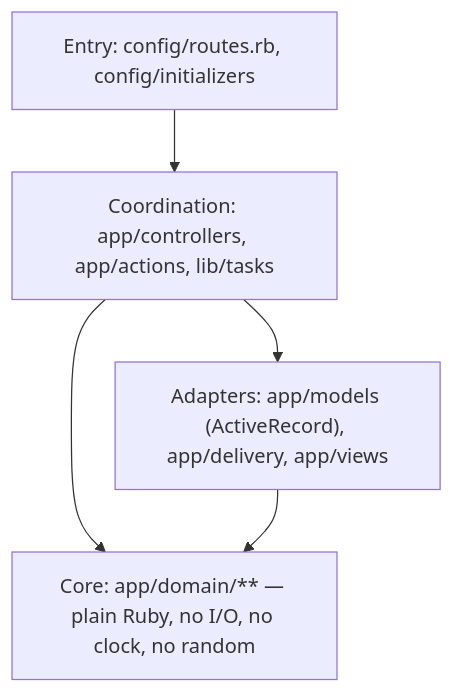
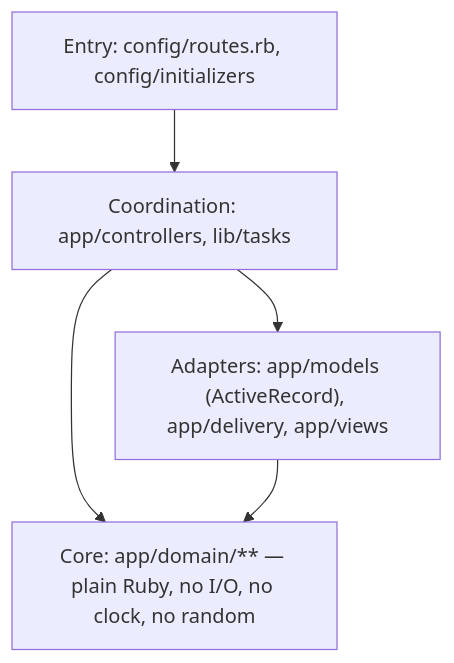
The second of 4 diagrams in prototype/rails/docs/architecture.md (jonathan-beebe/art-store), drawn with Mermaid before and after one commit. The commit also changed other lines of this file and 31 other files, not shown here.

````diff
--- a/prototype/rails/docs/architecture.md
+++ b/prototype/rails/docs/architecture.md
@@ -32,8 +32,8 @@
 ```mermaid
 flowchart TD
     entry["Entry: config/routes.rb, config/initializers"] --> coord
-    coord["Coordination: app/controllers, app/actions, lib/tasks"] --> core
+    coord["Coordination: app/controllers, lib/tasks"] --> core
     coord --> adapters
     adapters["Adapters: app/models (ActiveRecord), app/delivery, app/views"] --> core
     core["Core: app/domain/** — plain Ruby, no I/O, no clock, no random"]
 ```
````
